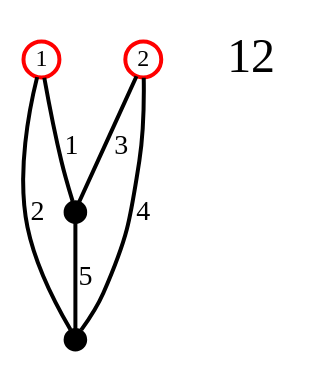
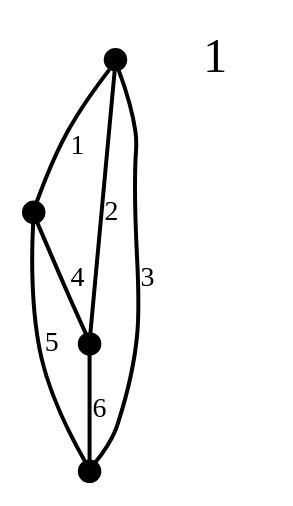
The diagram in GraphComputations/out.dot (jlportner/MscArbeitProgramming), drawn with Graphviz before and after one commit. The commit also changed 79 other files, not shown here.

```diff
--- a/GraphComputations/out.dot
+++ b/GraphComputations/out.dot
@@ -1,12 +1,13 @@
 graph  {
-0 [color="#ff0000", extNr=1, fixedsize=True, fontsize="12pt", label=1, penwidth="2pt", pos="99,0", shape=circle, width="0.25pt"];
-1 [color="#ff0000", extNr=2, fixedsize=True, fontsize="12pt", label=2, penwidth="2pt", pos="0,100", shape=circle, width="0.25pt"];
-2 [pos="-99,0", shape=point, width="0.15pt"];
-3 [pos="0,-99", shape=point, width="0.15pt"];
-"0coef" [fontsize="24pt", label=12, pos="-145,0", shape=plaintext];
-0 -- 2  [key=0, label=1, order=1, penwidth="2.0"];
-0 -- 3  [key=0, label=2, order=2, penwidth="2.0"];
-1 -- 2  [key=0, label=3, order=3, penwidth="2.0"];
-1 -- 3  [key=0, label=4, order=4, penwidth="2.0"];
-2 -- 3  [key=0, label=5, order=5, penwidth="2.0"];
+0 [pos="600,0", shape=point, width="0.15pt"];
+1 [pos="700,0", shape=point, width="0.15pt"];
+2 [pos="550,86", shape=point, width="0.15pt"];
+3 [pos="550,-86", shape=point, width="0.15pt"];
+"0coef" [fontsize="24pt", label=1, pos="-145,0", shape=plaintext];
+0 -- 1  [key=0, label=1, order=1, penwidth="2.0"];
+0 -- 2  [key=0, label=2, order=2, penwidth="2.0"];
+0 -- 3  [key=0, label=3, order=3, penwidth="2.0"];
+1 -- 2  [key=0, label=4, order=4, penwidth="2.0"];
+1 -- 3  [key=0, label=5, order=5, penwidth="2.0"];
+2 -- 3  [key=0, label=6, order=6, penwidth="2.0"];
 }
```
